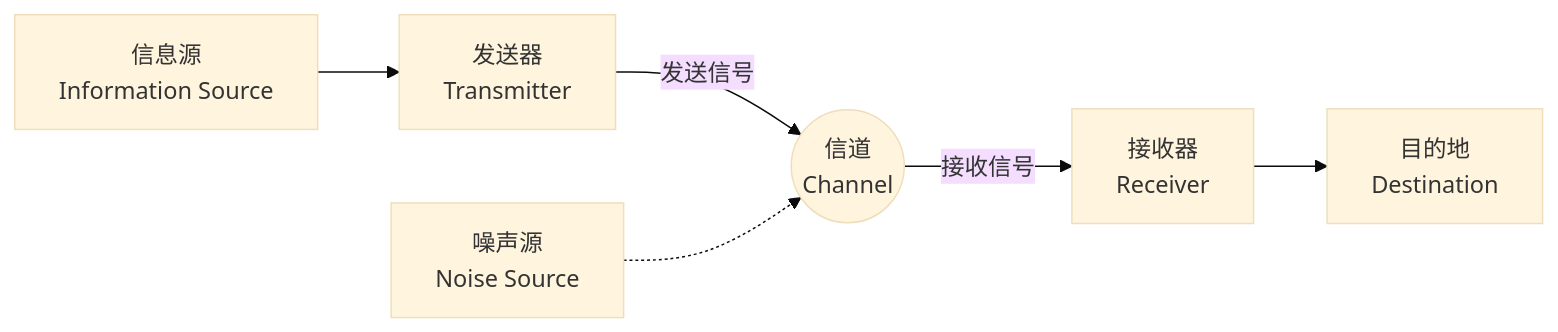
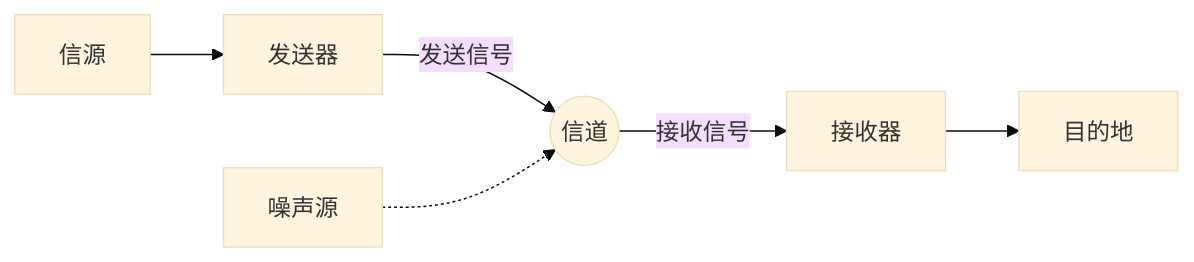
One commit to kenjinote/blog changed the diagram in content/post/information-theory-shannon-entropy/index.zh-cn.md. Above: the diagram before and after it, drawn with Mermaid (base theme). The commit also changed other lines of this file and 9 other files, not shown here.

````diff
--- a/content/post/information-theory-shannon-entropy/index.zh-cn.md
+++ b/content/post/information-theory-shannon-entropy/index.zh-cn.md
@@ -28,8 +29,8 @@
 ```mermaid
 graph LR
-    A["信息源<br>Information Source"] --> B["发送器<br>Transmitter"]
-    B -->|"发送信号"| C(("信道<br>Channel"))
-    C -->|"接收信号"| D["接收器<br>Receiver"]
-    D --> E["目的地<br>Destination"]
-    N["噪声源<br>Noise Source"] -.-> C
+    A["信源"] --> B["发送器"]
+    B -->|"发送信号"| C(("信道"))
+    C -->|"接收信号"| D["接收器"]
+    D --> E["目的地"]
+    N["噪声源"] -.-> C
 ```
````
